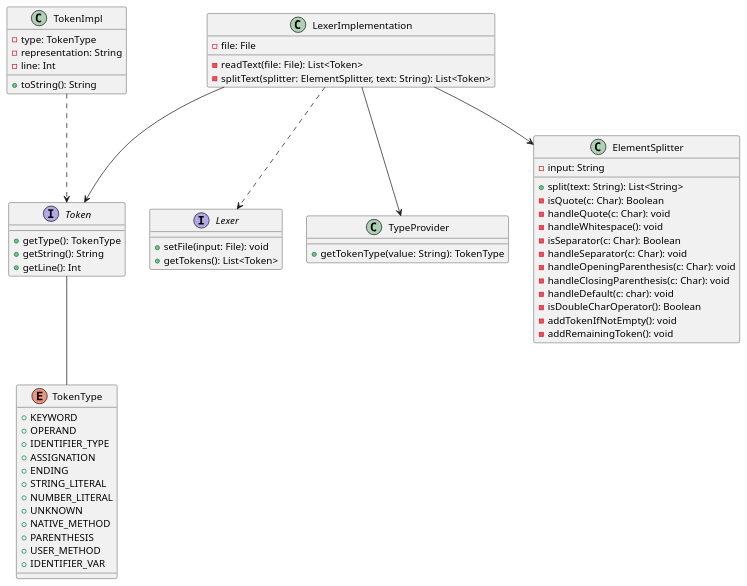
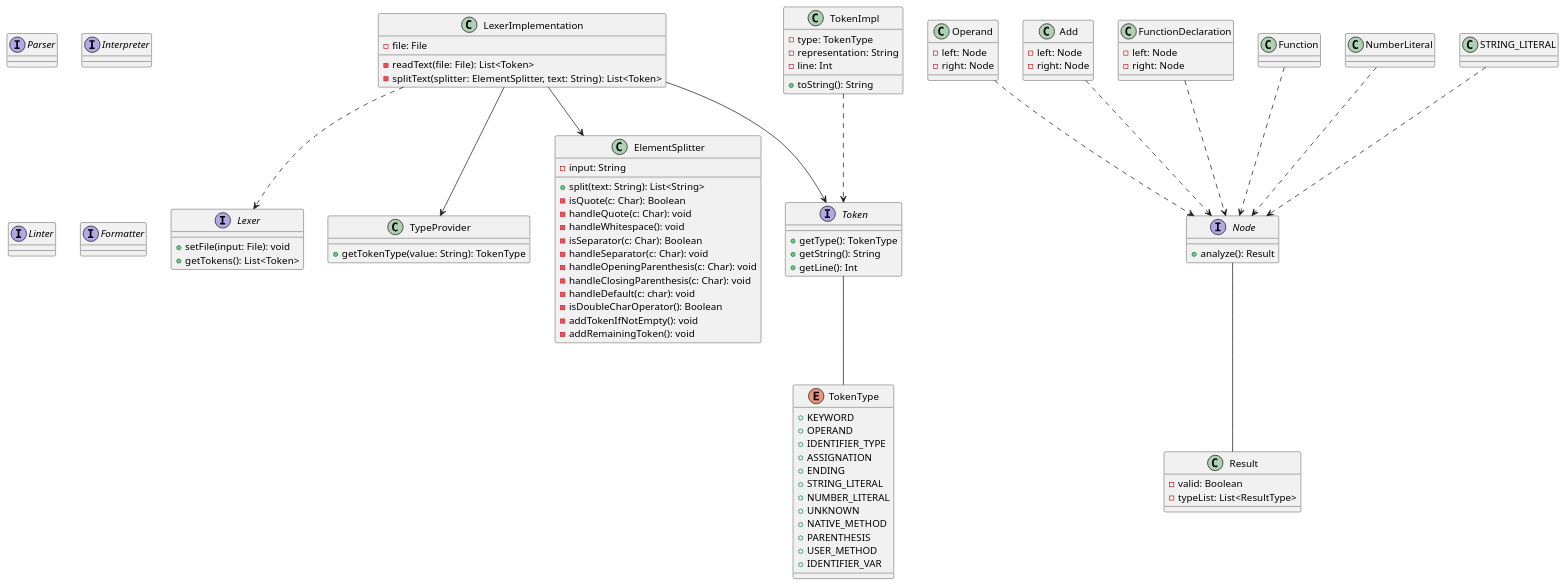
Before and after one commit to PrintScript8/PrintScript: the diagram in src/main/kotlin/PrintScriptUML.puml, drawn with PlantUML.

Commit message:
Pequeños cambios Antes de empezar el processo multiproyecto

```diff
--- a/src/main/kotlin/PrintScriptUML.puml
+++ b/src/main/kotlin/PrintScriptUML.puml
@@ -1,69 +1,120 @@
 @startuml
 
 interface Lexer {
 + setFile(input: File): void
 + getTokens(): List<Token>
 }
 
 interface Token {
 + getType(): TokenType
 + getString(): String
 + getLine(): Int
 }
 
 class TokenImpl {
 - type: TokenType
 - representation: String
 - line: Int
 + toString(): String
 }
 
 enum TokenType {
 + KEYWORD
 + OPERAND
 + IDENTIFIER_TYPE
 + ASSIGNATION
 + ENDING
 + STRING_LITERAL
 + NUMBER_LITERAL
 + UNKNOWN
 + NATIVE_METHOD
 + PARENTHESIS
 + USER_METHOD
 + IDENTIFIER_VAR
 }
 
 class TypeProvider {
 + getTokenType(value: String): TokenType
 }
 
 class LexerImplementation {
 - file: File
 - readText(file: File): List<Token>
 - splitText(splitter: ElementSplitter, text: String): List<Token>
 }
 
 class ElementSplitter {
 - input: String
 + split(text: String): List<String>
 - isQuote(c: Char): Boolean
 - handleQuote(c: Char): void
 - handleWhitespace(): void
 - isSeparator(c: Char): Boolean
 - handleSeparator(c: Char): void
 - handleOpeningParenthesis(c: Char): void
 - handleClosingParenthesis(c: Char): void
 - handleDefault(c: char): void
 - isDoubleCharOperator(): Boolean
 - addTokenIfNotEmpty(): void
 - addRemainingToken(): void
 }
 
+interface Parser {
+}
+
+interface Interpreter {
+}
+
+interface Linter {
+}
+
+interface Formatter {
+}
+
+interface Node {
++analyze(): Result
+}
+
+class Result {
+-valid: Boolean
+-typeList: List<ResultType>
+}
+
+class Operand {
+-left: Node
+-right: Node
+}
+
+class Add {
+-left: Node
+-right: Node
+}
+
+class FunctionDeclaration {
+-left: Node
+-right: Node
+}
+
+class Function {
+}
+
+class NumberLiteral {
+}
+class STRING_LITERAL {
+}
+
 LexerImplementation ..> Lexer
 LexerImplementation --> ElementSplitter
 LexerImplementation --> TypeProvider
 LexerImplementation --> Token
 TokenImpl ..> Token
 Token -- TokenType
+Node -- Result
+Operand ..> Node
+Add ..> Node
+FunctionDeclaration ..> Node
+Function ..> Node
+NumberLiteral ..> Node
+STRING_LITERAL ..> Node
 
 @enduml
```
